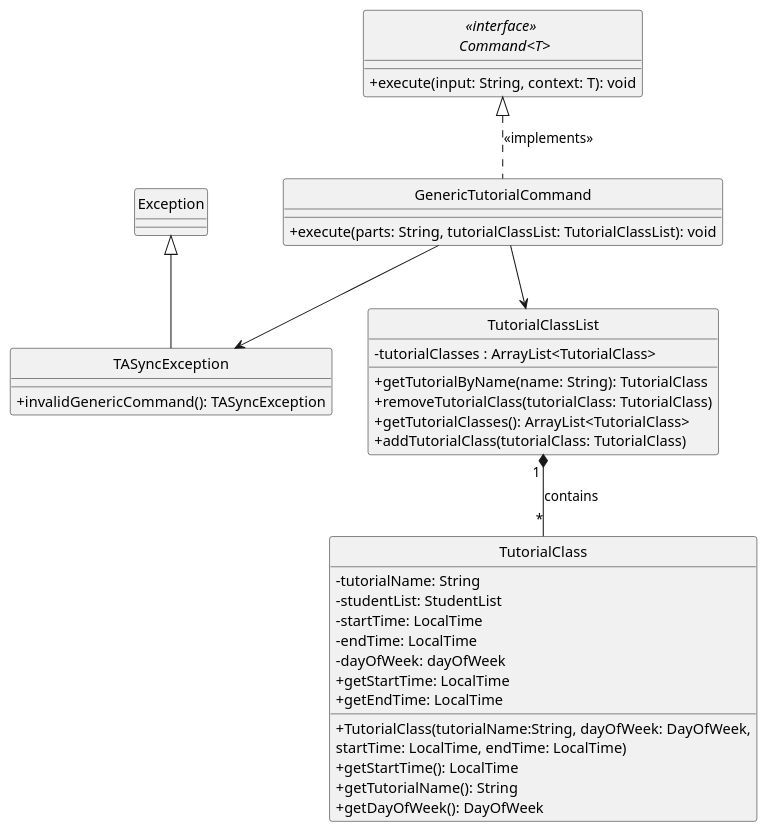
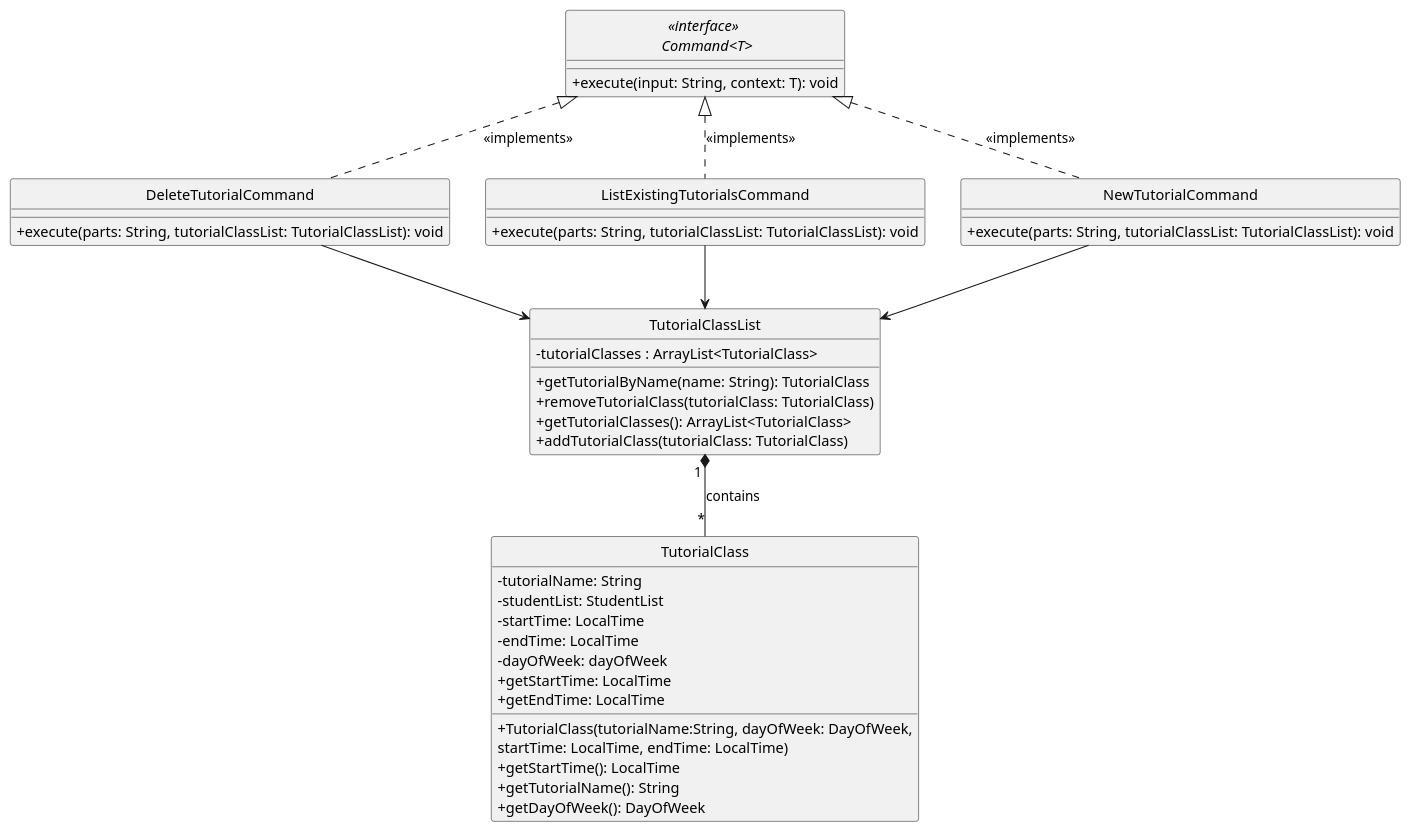
Before and after one commit to wongyihao02/tp: the diagram in docs/diagrams/tutorialcommands/GenericTutorialCommand.puml, drawn with PlantUML. The commit also changed 7 other files, not shown here.

First line of the commit message:
Update class diagrams

```diff
--- a/docs/diagrams/tutorialcommands/GenericTutorialCommand.puml
+++ b/docs/diagrams/tutorialcommands/GenericTutorialCommand.puml
@@ -1,48 +1,60 @@
 @startuml
 
 hide circle
 skinparam classAttributeIconSize 0
 
-    class GenericTutorialCommand {
+    class DeleteTutorialCommand {
         +execute(parts: String, tutorialClassList: TutorialClassList): void
     }
+
+    class ListExistingTutorialsCommand {
+            +execute(parts: String, tutorialClassList: TutorialClassList): void
+        }
+
+    class NewTutorialCommand {
+            +execute(parts: String, tutorialClassList: TutorialClassList): void
+        }
 
     interface "<<interface>> \n Command<T>" {
         +execute(input: String, context: T): void
     }
 
 
     class TutorialClass {
         -tutorialName: String
         -studentList: StudentList
         -startTime: LocalTime
         -endTime: LocalTime
         -dayOfWeek: dayOfWeek
         +TutorialClass(tutorialName:String, dayOfWeek: DayOfWeek,
 startTime: LocalTime, endTime: LocalTime)
         +getStartTime(): LocalTime
         +getTutorialName(): String
         +getDayOfWeek(): DayOfWeek
         +getStartTime: LocalTime
         +getEndTime: LocalTime
     }
 
     class TutorialClassList {
         - tutorialClasses : ArrayList<TutorialClass>
         +getTutorialByName(name: String): TutorialClass
         +removeTutorialClass(tutorialClass: TutorialClass)
         +getTutorialClasses(): ArrayList<TutorialClass>
         +addTutorialClass(tutorialClass: TutorialClass)
     }
 
 
-    class TASyncException extends Exception {
-        +invalidGenericCommand(): TASyncException
-    }
+
 
 ' Relationships
-"<<interface>> \n Command<T>" <|.. GenericTutorialCommand : <<implements>>
-GenericTutorialCommand --> TutorialClassList
+"<<interface>> \n Command<T>" <|.. DeleteTutorialCommand : <<implements>>
+DeleteTutorialCommand --> TutorialClassList
 TutorialClassList "1 "*-- "*" TutorialClass: contains
-GenericTutorialCommand --> TASyncException
+
+"<<interface>> \n Command<T>" <|.. ListExistingTutorialsCommand : <<implements>>
+ListExistingTutorialsCommand --> TutorialClassList
+
+"<<interface>> \n Command<T>" <|.. NewTutorialCommand : <<implements>>
+NewTutorialCommand --> TutorialClassList
+
 @enduml
```
